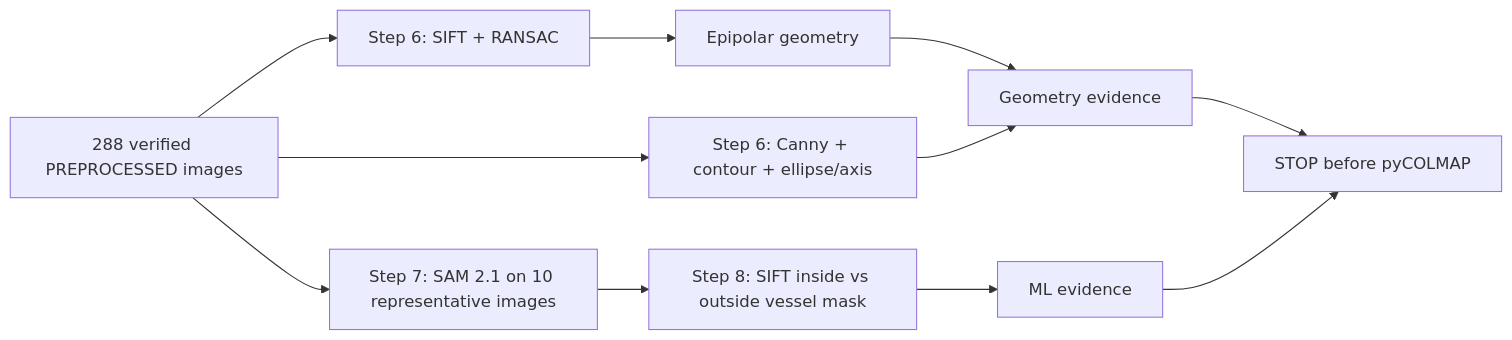
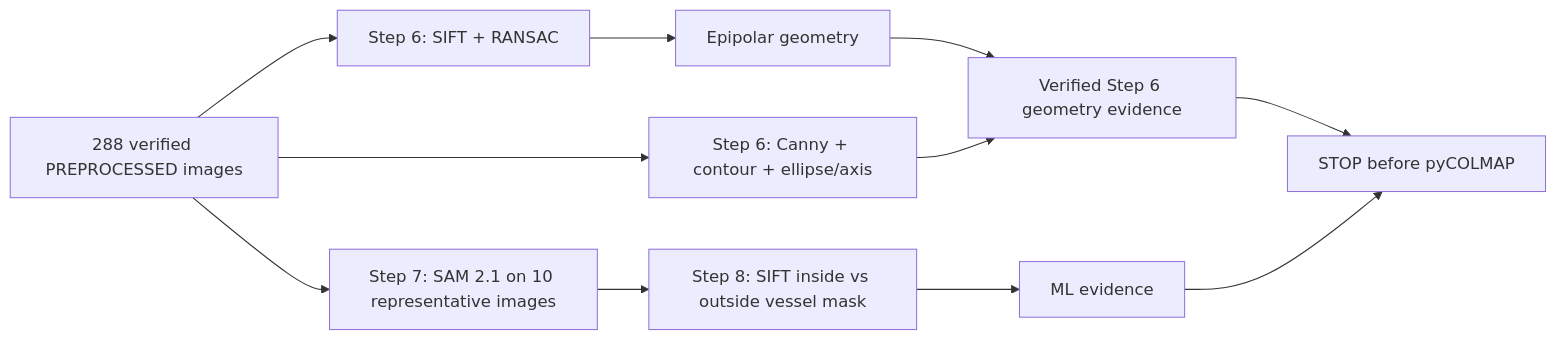
Before and after one commit to PracticalSwan/thai-libation-brass-vessel-3d-reconstruction: the diagram in README.md, drawn with Mermaid. The commit also changed other lines of this file and 28 other files, not shown here.

Commit message:
feat(geometry): implement verified Step 6 analysis

````diff
--- a/README.md
+++ b/README.md
@@ -59,13 +76,13 @@
 ```mermaid
 flowchart LR
     A[288 verified PREPROCESSED images] --> B[Step 6: SIFT + RANSAC]
     B --> C[Epipolar geometry]
     A --> D[Step 6: Canny + contour + ellipse/axis]
     A --> E[Step 7: SAM 2.1 on 10 representative images]
     E --> F[Step 8: SIFT inside vs outside vessel mask]
-    C --> G[Geometry evidence]
+    C --> G[Verified Step 6 geometry evidence]
     D --> G
     F --> H[ML evidence]
     G --> I[STOP before pyCOLMAP]
     H --> I
 ```
````
